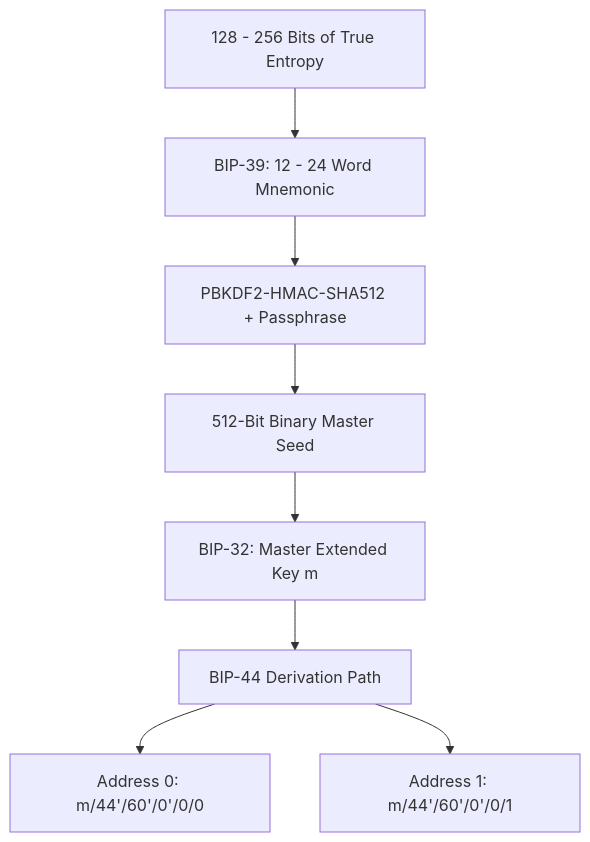
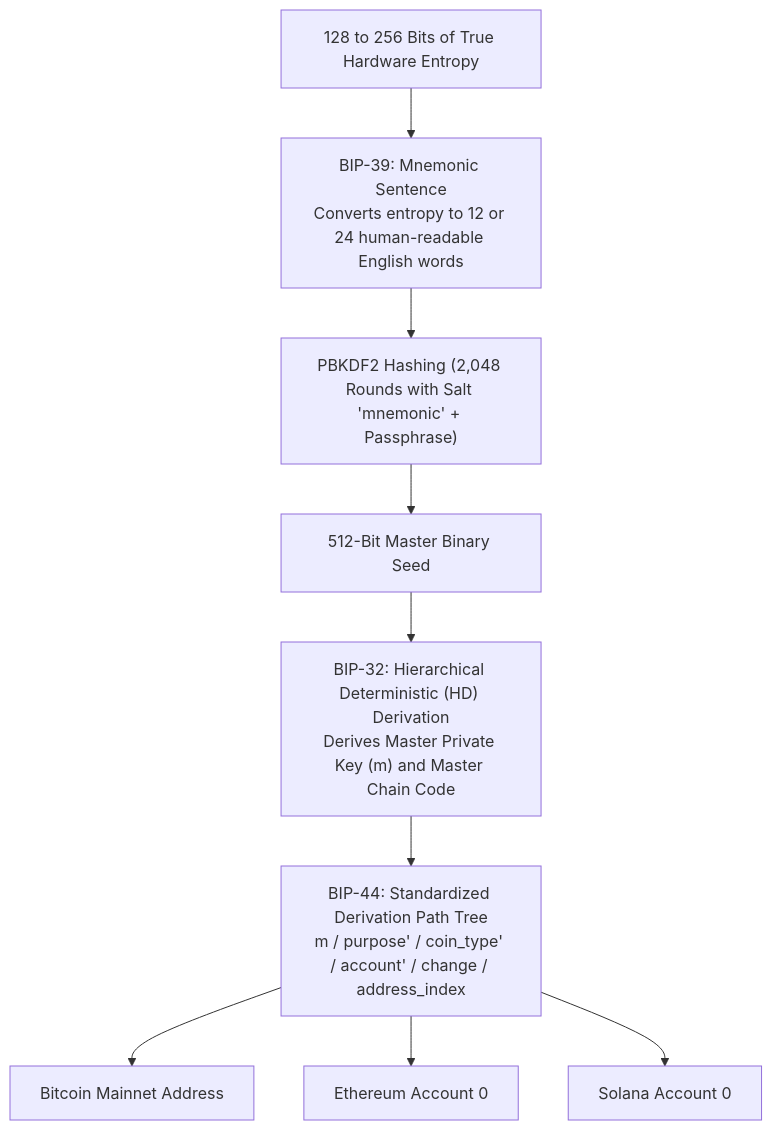
The first of 4 diagrams in docs/learn/fundamentals/04-programmability-and-vm/04-wallets-and-account-abstraction.md (ub-society/modules), drawn with Mermaid before and after one commit. The commit also changed other lines of this file and 4 other files, not shown here.

````diff
--- a/docs/learn/fundamentals/04-programmability-and-vm/04-wallets-and-account-abstraction.md
+++ b/docs/learn/fundamentals/04-programmability-and-vm/04-wallets-and-account-abstraction.md
@@ -14,10 +21,11 @@
 ```mermaid
 flowchart TD
-    Entropy[128 - 256 Bits of True Entropy] --> BIP39[BIP-39: 12 - 24 Word Mnemonic]
-    BIP39 --> Salt[PBKDF2-HMAC-SHA512 + Passphrase]
-    Salt --> MasterSeed[512-Bit Binary Master Seed]
-    MasterSeed --> BIP32[BIP-32: Master Extended Key m]
-    BIP32 --> BIP44[BIP-44 Derivation Path]
-    BIP44 --> Addr0["Address 0: m/44'/60'/0'/0/0"]
-    BIP44 --> Addr1["Address 1: m/44'/60'/0'/0/1"]
+    Entropy["128 to 256 Bits of True Hardware Entropy"] --> BIP39["BIP-39: Mnemonic Sentence<br/>Converts entropy to 12 or 24 human-readable English words"]
+    BIP39 --> PBKDF2["PBKDF2 Hashing (2,048 Rounds with Salt 'mnemonic' + Passphrase)"]
+    PBKDF2 --> Seed["512-Bit Master Binary Seed"]
+    Seed --> BIP32["BIP-32: Hierarchical Deterministic (HD) Derivation<br/>Derives Master Private Key (m) and Master Chain Code"]
+    BIP32 --> BIP44["BIP-44: Standardized Derivation Path Tree<br/>m / purpose' / coin_type' / account' / change / address_index"]
+    BIP44 --> Addr1["Bitcoin Mainnet Address"]
+    BIP44 --> Addr2["Ethereum Account 0"]
+    BIP44 --> Addr3["Solana Account 0"]
 ```
````
